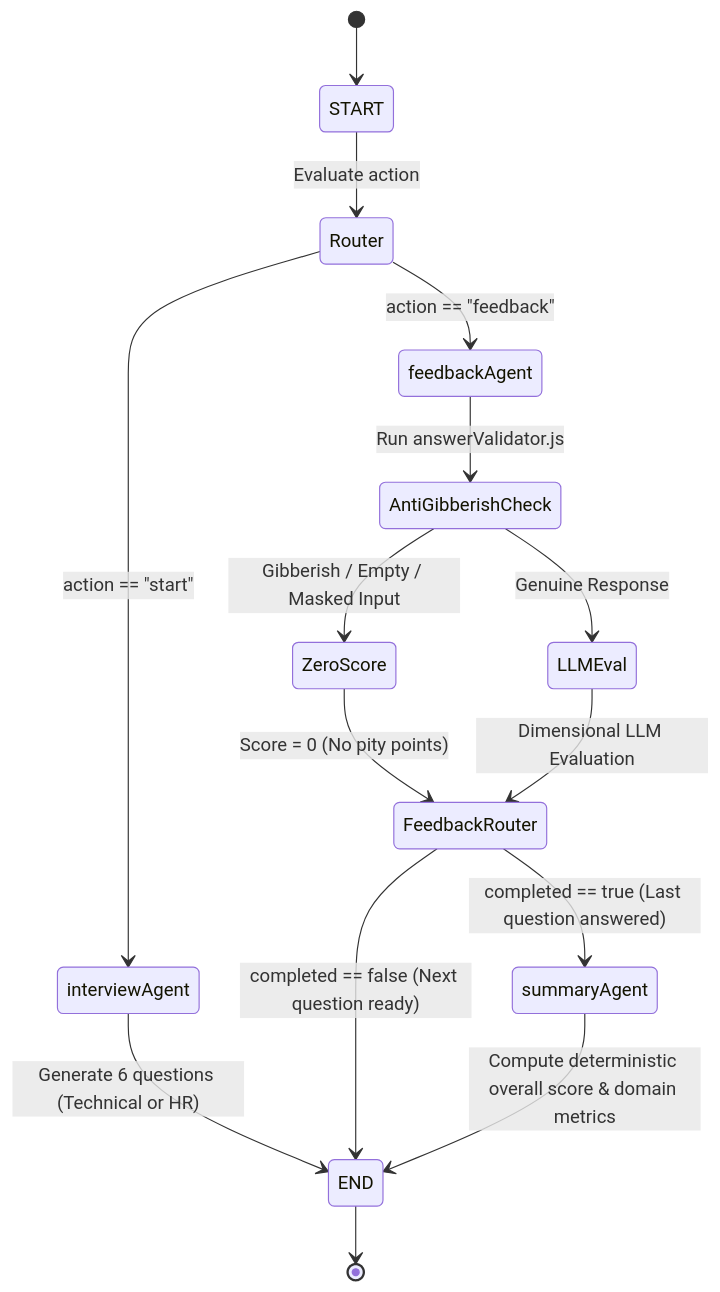
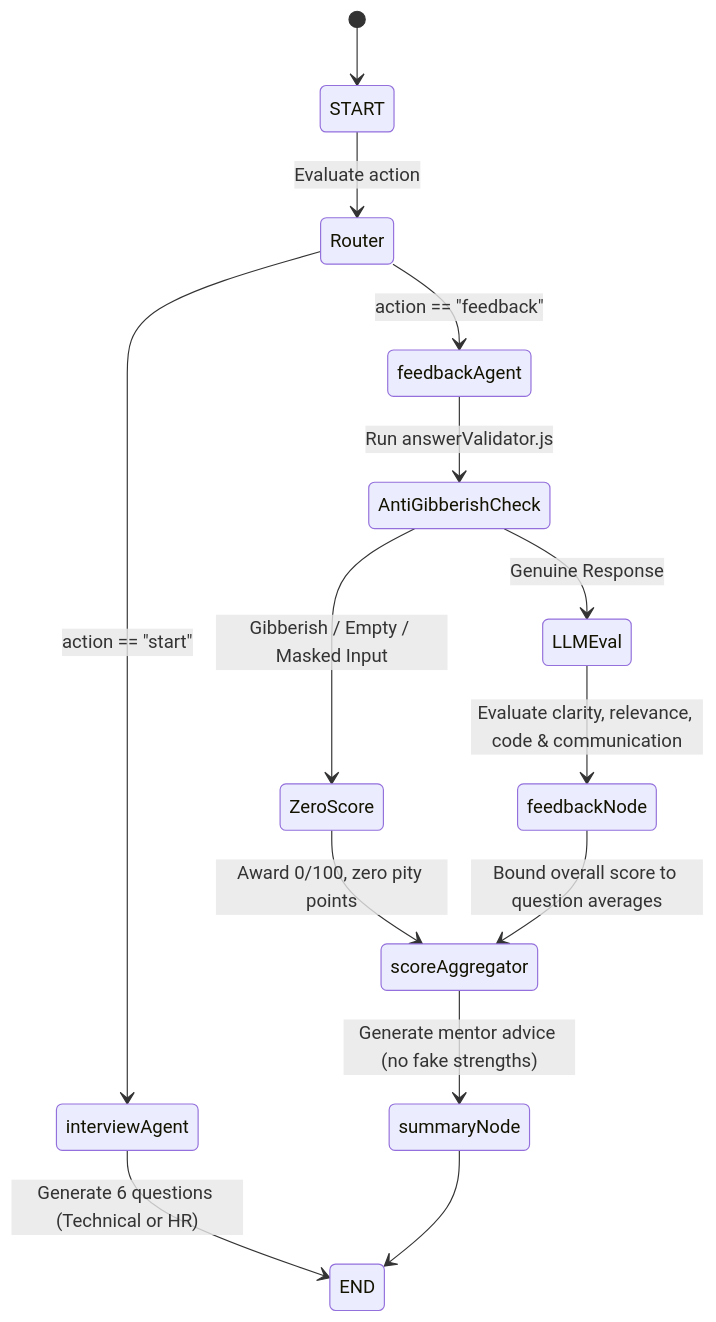
One commit to Harsh-Sharma-0001/Yugam changed the third of 3 diagrams in README.md. Above: the diagram before and after it, drawn with Mermaid. The commit also changed other lines of this file, not shown here.

Commit message:
docs: update README with Brevo email notifications, live studio presence, and 130 automated test metrics

````diff
--- a/README.md
+++ b/README.md
@@ -336,26 +414,22 @@
 ```mermaid
 stateDiagram-v2
     [*] --> START
     START --> Router: Evaluate action
 
     state Router <<choice>>
     Router --> interviewAgent: action == "start"
     Router --> feedbackAgent: action == "feedback"
 
     interviewAgent --> END: Generate 6 questions (Technical or HR)
 
     feedbackAgent --> AntiGibberishCheck: Run answerValidator.js
     state AntiGibberishCheck <<choice>>
     AntiGibberishCheck --> ZeroScore: Gibberish / Empty / Masked Input
     AntiGibberishCheck --> LLMEval: Genuine Response
 
-    ZeroScore --> FeedbackRouter: Score = 0 (No pity points)
-    LLMEval --> FeedbackRouter: Dimensional LLM Evaluation
-
-    state FeedbackRouter <<choice>>
-    FeedbackRouter --> summaryAgent: completed == true (Last question answered)
-    FeedbackRouter --> END: completed == false (Next question ready)
-
-    summaryAgent --> END: Compute deterministic overall score & domain metrics
-    END --> [*]
+    ZeroScore --> scoreAggregator: Award 0/100, zero pity points
+    LLMEval --> feedbackNode: Evaluate clarity, relevance, code & communication
+    feedbackNode --> scoreAggregator: Bound overall score to question averages
+    scoreAggregator --> summaryNode: Generate mentor advice (no fake strengths)
+    summaryNode --> END
 ```
````
